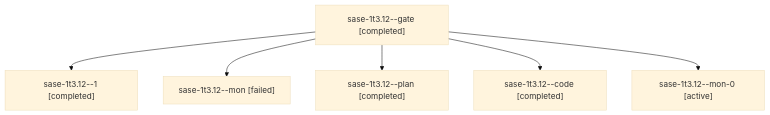
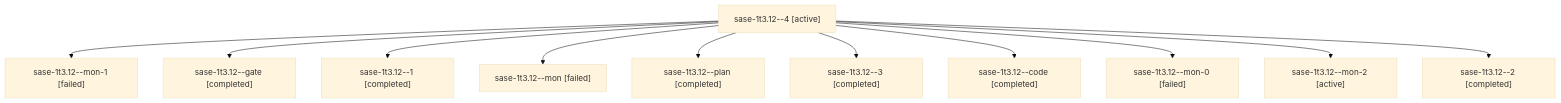
Before and after one commit to sase-org/sase--agents: the diagram in sessions/bbugyi200.athena.sase-1t3.12.md, drawn with Mermaid (base theme). The commit also changed other lines of this file and 152 other files, not shown here.

````diff
--- a/sessions/bbugyi200.athena.sase-1t3.12.md
+++ b/sessions/bbugyi200.athena.sase-1t3.12.md
@@ -9,14 +9,24 @@
 ```mermaid
 flowchart TD
-  n0["sase-1t3.12--gate [completed]"]
-  n1["sase-1t3.12--1 [completed]"]
+  n0["sase-1t3.12--4 [active]"]
+  n1["sase-1t3.12--mon-1 [failed]"]
   n0 --> n1
-  n2["sase-1t3.12--mon [failed]"]
+  n2["sase-1t3.12--gate [completed]"]
   n0 --> n2
-  n3["sase-1t3.12--plan [completed]"]
+  n3["sase-1t3.12--1 [completed]"]
   n0 --> n3
-  n4["sase-1t3.12--code [completed]"]
+  n4["sase-1t3.12--mon [failed]"]
   n0 --> n4
-  n5["sase-1t3.12--mon-0 [active]"]
+  n5["sase-1t3.12--plan [completed]"]
   n0 --> n5
+  n6["sase-1t3.12--3 [completed]"]
+  n0 --> n6
+  n7["sase-1t3.12--code [completed]"]
+  n0 --> n7
+  n8["sase-1t3.12--mon-0 [failed]"]
+  n0 --> n8
+  n9["sase-1t3.12--mon-2 [active]"]
+  n0 --> n9
+  n10["sase-1t3.12--2 [completed]"]
+  n0 --> n10
 ```
````
